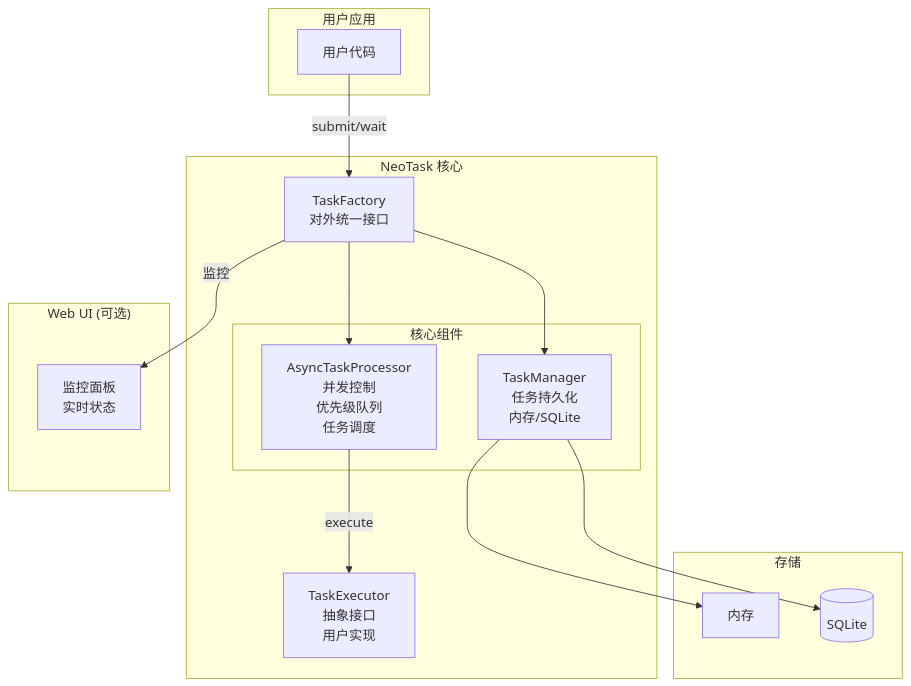
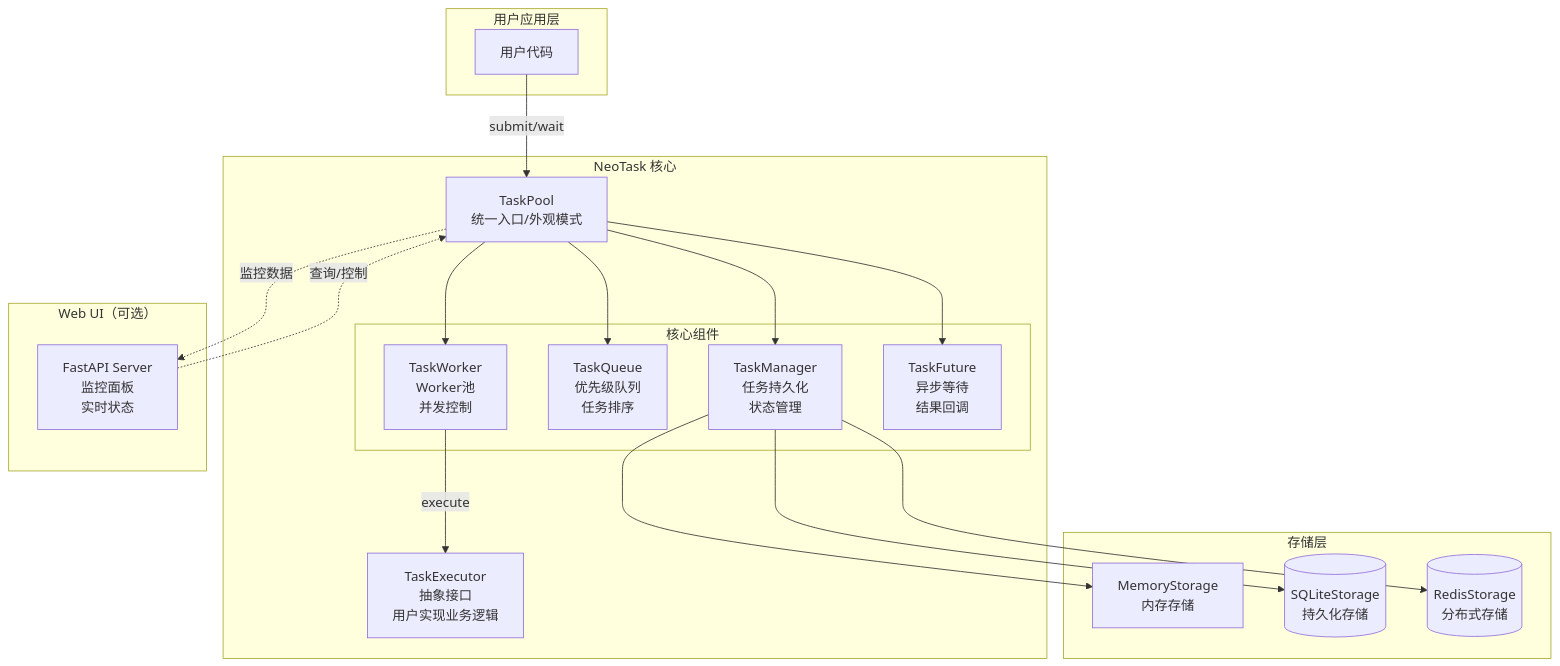
Before and after one commit to neopen/neotask: the first of 4 diagrams in README.md, drawn with Mermaid. The commit also changed other lines of this file, not shown here.

````diff
--- a/README.md
+++ b/README.md
@@ -19,34 +25,41 @@
 ```mermaid
 graph TB
-    subgraph User["用户应用"]
+    subgraph User["用户应用层"]
         APP[用户代码]
     end
     
     subgraph NeoTask["NeoTask 核心"]
-        TF[TaskFactory<br/>对外统一接口]
+        TP[TaskPool<br/>统一入口/外观模式]
         
         subgraph Core["核心组件"]
-            TM[TaskManager<br/>任务持久化<br/>内存/SQLite]
-            TP[AsyncTaskProcessor<br/>并发控制<br/>优先级队列<br/>任务调度]
+            TM[TaskManager<br/>任务持久化<br/>状态管理]
+            TQ[TaskQueue<br/>优先级队列<br/>任务排序]
+            TW[TaskWorker<br/>Worker池<br/>并发控制]
+            TF[TaskFuture<br/>异步等待<br/>结果回调]
         end
         
-        EX[TaskExecutor<br/>抽象接口<br/>用户实现]
+        EX[TaskExecutor<br/>抽象接口<br/>用户实现业务逻辑]
     end
     
-    subgraph Storage["存储"]
-        MEM[内存]
-        SQLITE[(SQLite)]
+    subgraph Storage["存储层"]
+        MEM[MemoryStorage<br/>内存存储]
+        SQLITE[(SQLiteStorage<br/>持久化存储)]
+        REDIS[(RedisStorage<br/>分布式存储)]
     end
     
-    subgraph UI["Web UI (可选)"]
-        WEB[监控面板<br/>实时状态]
+    subgraph UI["Web UI（可选）"]
+        WEB[FastAPI Server<br/>监控面板<br/>实时状态]
     end
     
-    APP -->|submit/wait| TF
-    TF --> TM
-    TF --> TP
-    TP -->|execute| EX
+    APP -->|submit/wait| TP
+    TP --> TM
+    TP --> TQ
+    TP --> TW
+    TP --> TF
+    TW -->|execute| EX
     TM --> MEM
     TM --> SQLITE
-    TF -->|监控| WEB
+    TM --> REDIS
+    TP -.->|监控数据| WEB
+    WEB -.->|查询/控制| TP
 ```
````
